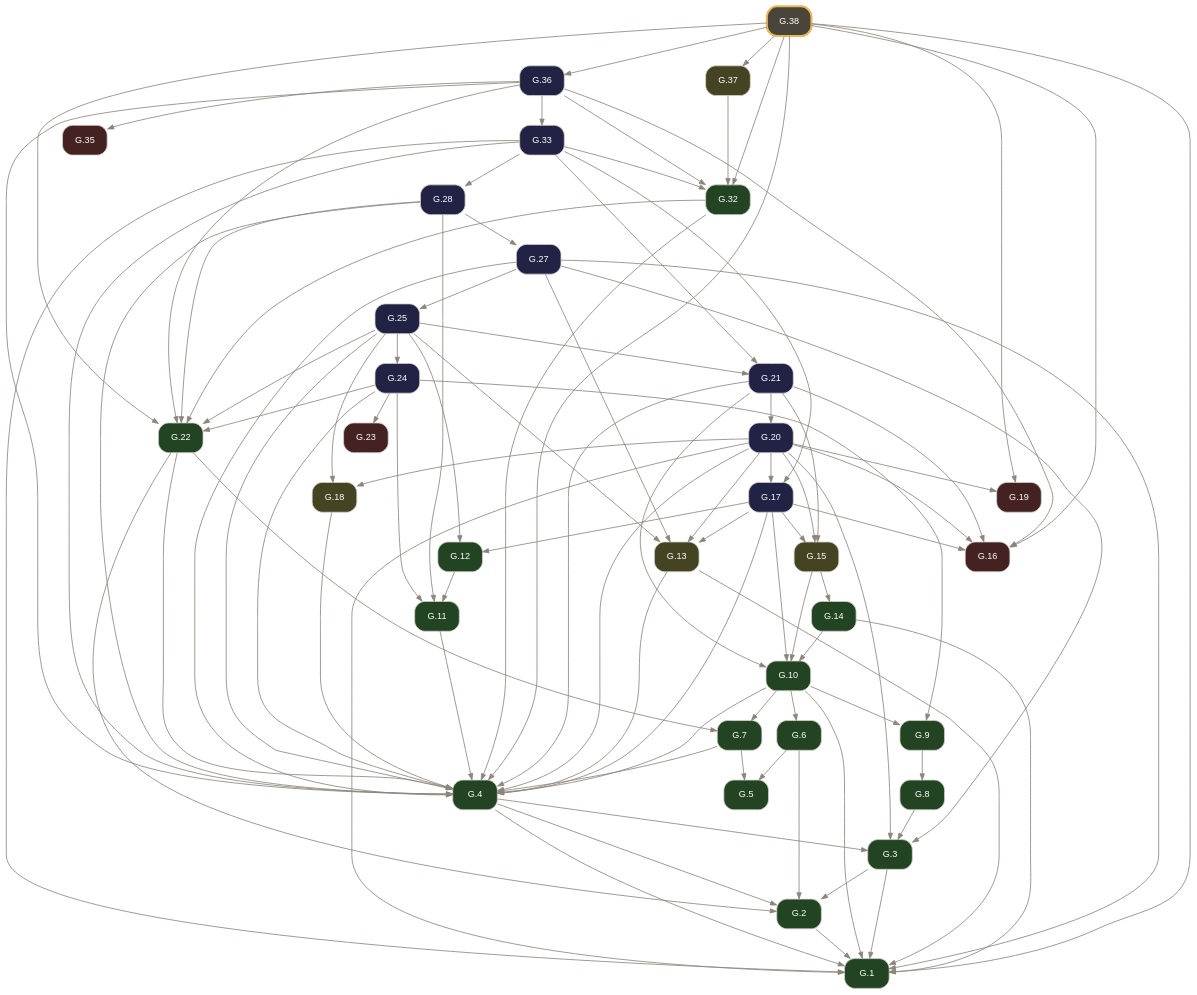
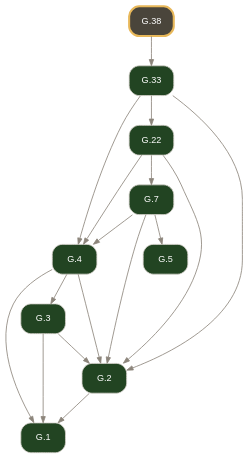
The diagram in docsrc/elements2/G.38/index.rst (geometor/elements), drawn with Graphviz before and after one commit. The commit also changed other lines of this file and 1276 other files, not shown here.

```diff
--- a/docsrc/elements2/G.38/index.rst
+++ b/docsrc/elements2/G.38/index.rst
@@ -92,125 +43,24 @@
      "G.3" [label="G.3", tooltip="G.3 (I.def.3): The extremities of a segment / A B / are points A, B.", fillcolor="#224422", URL="../G.3/index.html", target="_top"];
      "G.4" [label="G.4", tooltip="G.4 (I.def.4): A segment / A B / is a portion of a line [ A B ] between two points A, B on the line.", fillcolor="#224422", URL="../G.4/index.html", target="_top"];
      "G.5" [label="G.5", tooltip="G.5 (I.def.5): A surface is that which has length and breadth only.", fillcolor="#224422", URL="../G.5/index.html", target="_top"];
-     "G.6" [label="G.6", tooltip="G.6 (I.def.6): The extremities of a surface are lines or arcs.", fillcolor="#224422", URL="../G.6/index.html", target="_top"];
      "G.7" [label="G.7", tooltip="G.7 (I.def.7): A plane surface lies evenly with the lines on itself.", fillcolor="#224422", URL="../G.7/index.html", target="_top"];
-     "G.8" [label="G.8", tooltip="G.8 (I.def.13): A boundary is the extremity of anything.", fillcolor="#224422", URL="../G.8/index.html", target="_top"];
-     "G.9" [label="G.9", tooltip="G.9 (I.def.14): A figure is that which is contained by any boundary or boundaries.", fillcolor="#224422", URL="../G.9/index.html", target="_top"];
-     "G.10" [label="G.10", tooltip="G.10 (I.def.15): A circle ( A B ) is a plane figure contained by one arc defined by a center A and a point B establishing its defining radius / A B /, such that all segments / A B /, / A C /, / A D...", fillcolor="#224422", URL="../G.10/index.html", target="_top"];
-     "G.11" [label="G.11", tooltip="G.11 (I.def.19): Rectilineal figures are contained by segments: trilateral by three, quadrilateral by four, and multilateral by more than four.", fillcolor="#224422", URL="../G.11/index.html", target="_top"];
-     "G.12" [label="G.12", tooltip="G.12 (I.def.20): Of trilateral figures, an equilateral triangle < A B C > has three equal sides, an isosceles triangle < D E F > has two equal sides, and a scalene triangle < G H K > has three uneq...", fillcolor="#224422", URL="../G.12/index.html", target="_top"];
-     "G.13" [label="G.13", tooltip="G.13 (I.post.1): Construct a segment / A B / between any two points A, B.", fillcolor="#444422", URL="../G.13/index.html", target="_top"];
-     "G.14" [label="G.14", tooltip="G.14 (I.def.16): The point A within the circle ( A B ) from which all segments / A B /, / A C / to the arc are equal is called the center of the circle.", fillcolor="#224422", URL="../G.14/index.html", target="_top"];
-     "G.15" [label="G.15", tooltip="G.15 (I.post.3): Construct a circle ( A B ) with center A and defining radius point B.", fillcolor="#444422", URL="../G.15/index.html", target="_top"];
-     "G.16" [label="G.16", tooltip="G.16 (I.cn.1): Things equal to the same thing are equal to one another.", fillcolor="#442222", URL="../G.16/index.html", target="_top"];
-     "G.17" [label="G.17", tooltip="G.17 (I.1): Construct an equilateral triangle on a given segment.", fillcolor="#222244", URL="../G.17/index.html", target="_top"];
-     "G.18" [label="G.18", tooltip="G.18 (I.post.2): Extend a segment / A B / continuously along a line [ A B ] to / B C /.", fillcolor="#444422", URL="../G.18/index.html", target="_top"];
-     "G.19" [label="G.19", tooltip="G.19 (I.cn.3): If equals are subtracted from equals, the remainders are equal.", fillcolor="#442222", URL="../G.19/index.html", target="_top"];
-     "G.20" [label="G.20", tooltip="G.20 (I.2): Construct at a given point a segment equal to a given segment.", fillcolor="#222244", URL="../G.20/index.html", target="_top"];
-     "G.21" [label="G.21", tooltip="G.21 (I.3): Cut off from the greater of two unequal segments a segment equal to the less.", fillcolor="#222244", URL="../G.21/index.html", target="_top"];
      "G.22" [label="G.22", tooltip="G.22 (I.def.8): A plane angle is the inclination to one another of two lines or arcs in a plane that meet and do not lie on the same line.", fillcolor="#224422", URL="../G.22/index.html", target="_top"];
-     "G.23" [label="G.23", tooltip="G.23 (I.cn.4): Things / A B /, / D E / that coincide with one another are equal to one another.", fillcolor="#442222", URL="../G.23/index.html", target="_top"];
-     "G.24" [label="G.24", tooltip="G.24 (I.4): Triangles with two sides and the included angle equal are congruent (SAS).", fillcolor="#222244", URL="../G.24/index.html", target="_top"];
-     "G.25" [label="G.25", tooltip="G.25 (I.5): In an isosceles triangle, the angles at the base are equal, and if the equal sides are extended, the angles under the base are equal.", fillcolor="#222244", URL="../G.25/index.html", target="_top"];
-     "G.27" [label="G.27", tooltip="G.27 (I.7): On the same segment and on the same side, there cannot be constructed two distinct triangles with both pairs of conterminous sides equal.", fillcolor="#222244", URL="../G.27/index.html", target="_top"];
-     "G.28" [label="G.28", tooltip="G.28 (I.8): Triangles with all three corresponding sides equal have their corresponding angles equal (SSS).", fillcolor="#222244", URL="../G.28/index.html", target="_top"];
-     "G.32" [label="G.32", tooltip="G.32 (I.def.10): When a segment standing on a line makes the adjacent angles equal, each of the equal angles is a right angle, and the standing segment is perpendicular to the line.", fillcolor="#224422", URL="../G.32/index.html", target="_top"];
-     "G.33" [label="G.33", tooltip="G.33 (I.11): Construct a segment at right angles to a given line from a given point on it.", fillcolor="#222244", URL="../G.33/index.html", target="_top"];
-     "G.35" [label="G.35", tooltip="G.35 (I.cn.2): If equals are added to equals, the wholes are equal.", fillcolor="#442222", URL="../G.35/index.html", target="_top"];
-     "G.36" [label="G.36", tooltip="G.36 (I.13): A segment standing on a line makes either two right angles or adjacent angles summing to two right angles.", fillcolor="#222244", URL="../G.36/index.html", target="_top"];
-     "G.37" [label="G.37", tooltip="G.37 (I.post.4): All right angles are equal.", fillcolor="#444422", URL="../G.37/index.html", target="_top"];
-     "G.38" [label="G.38", tooltip="G.38 (I.14): If two segments at a point on a line on opposite sides make adjacent angles summing to two right angles, the two segments are collinear.", penwidth=2.5, color="#e8b85a", fillcolor="#4a453b", URL="index.html", target="_top"];
+     "G.33" [label="G.33", tooltip="G.33 (I.def.10): When a segment standing on a line makes the adjacent angles equal, each of the equal angles is a right angle, and the standing segment is perpendicular to the line.", fillcolor="#224422", URL="../G.33/index.html", target="_top"];
+     "G.38" [label="G.38", tooltip="G.38 (I.post.4): All right angles are equal.", penwidth=2.5, color="#e8b85a", fillcolor="#4a453b", URL="index.html", target="_top"];
      "G.2" -> "G.1";
      "G.3" -> "G.1";
      "G.4" -> "G.1";
-     "G.10" -> "G.1";
-     "G.13" -> "G.1";
-     "G.14" -> "G.1";
-     "G.20" -> "G.1";
-     "G.27" -> "G.1";
-     "G.33" -> "G.1";
-     "G.38" -> "G.1";
      "G.3" -> "G.2";
      "G.4" -> "G.2";
-     "G.6" -> "G.2";
+     "G.7" -> "G.2";
      "G.22" -> "G.2";
+     "G.33" -> "G.2";
      "G.4" -> "G.3";
-     "G.8" -> "G.3";
-     "G.20" -> "G.3";
-     "G.27" -> "G.3";
      "G.7" -> "G.4";
-     "G.10" -> "G.4";
-     "G.11" -> "G.4";
-     "G.13" -> "G.4";
-     "G.17" -> "G.4";
-     "G.18" -> "G.4";
-     "G.20" -> "G.4";
-     "G.21" -> "G.4";
      "G.22" -> "G.4";
-     "G.24" -> "G.4";
-     "G.25" -> "G.4";
-     "G.27" -> "G.4";
-     "G.28" -> "G.4";
-     "G.32" -> "G.4";
      "G.33" -> "G.4";
-     "G.36" -> "G.4";
-     "G.38" -> "G.4";
-     "G.6" -> "G.5";
      "G.7" -> "G.5";
-     "G.10" -> "G.6";
-     "G.10" -> "G.7";
      "G.22" -> "G.7";
-     "G.9" -> "G.8";
-     "G.10" -> "G.9";
-     "G.24" -> "G.9";
-     "G.14" -> "G.10";
-     "G.15" -> "G.10";
-     "G.17" -> "G.10";
-     "G.21" -> "G.10";
-     "G.12" -> "G.11";
-     "G.24" -> "G.11";
-     "G.28" -> "G.11";
-     "G.17" -> "G.12";
-     "G.25" -> "G.12";
-     "G.17" -> "G.13";
-     "G.20" -> "G.13";
-     "G.25" -> "G.13";
-     "G.27" -> "G.13";
-     "G.15" -> "G.14";
-     "G.17" -> "G.15";
-     "G.20" -> "G.15";
-     "G.21" -> "G.15";
-     "G.17" -> "G.16";
-     "G.20" -> "G.16";
-     "G.21" -> "G.16";
-     "G.36" -> "G.16";
-     "G.38" -> "G.16";
-     "G.20" -> "G.17";
-     "G.33" -> "G.17";
-     "G.20" -> "G.18";
-     "G.25" -> "G.18";
-     "G.20" -> "G.19";
-     "G.38" -> "G.19";
-     "G.21" -> "G.20";
-     "G.25" -> "G.21";
-     "G.33" -> "G.21";
-     "G.24" -> "G.22";
-     "G.25" -> "G.22";
-     "G.28" -> "G.22";
-     "G.32" -> "G.22";
-     "G.36" -> "G.22";
-     "G.38" -> "G.22";
-     "G.24" -> "G.23";
-     "G.25" -> "G.24";
-     "G.27" -> "G.25";
-     "G.28" -> "G.27";
-     "G.33" -> "G.28";
-     "G.33" -> "G.32";
-     "G.36" -> "G.32";
-     "G.37" -> "G.32";
-     "G.38" -> "G.32";
-     "G.36" -> "G.33";
-     "G.36" -> "G.35";
-     "G.38" -> "G.36";
-     "G.38" -> "G.37";
+     "G.33" -> "G.22";
+     "G.38" -> "G.33";
    }
```
